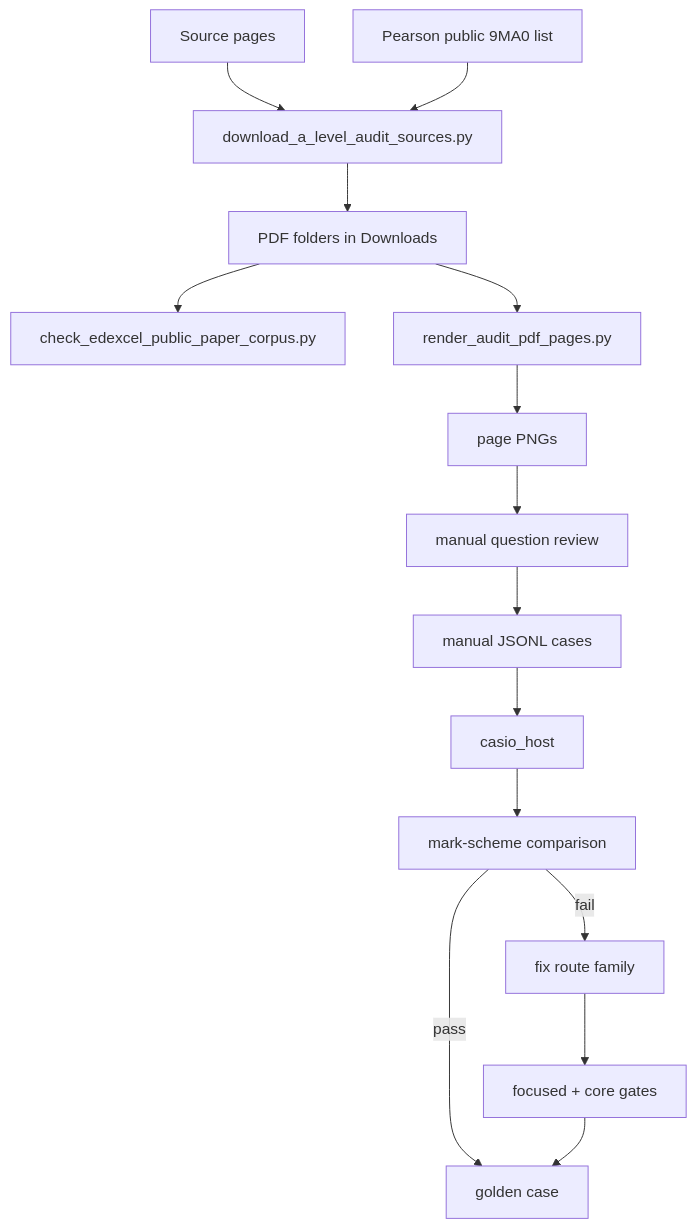
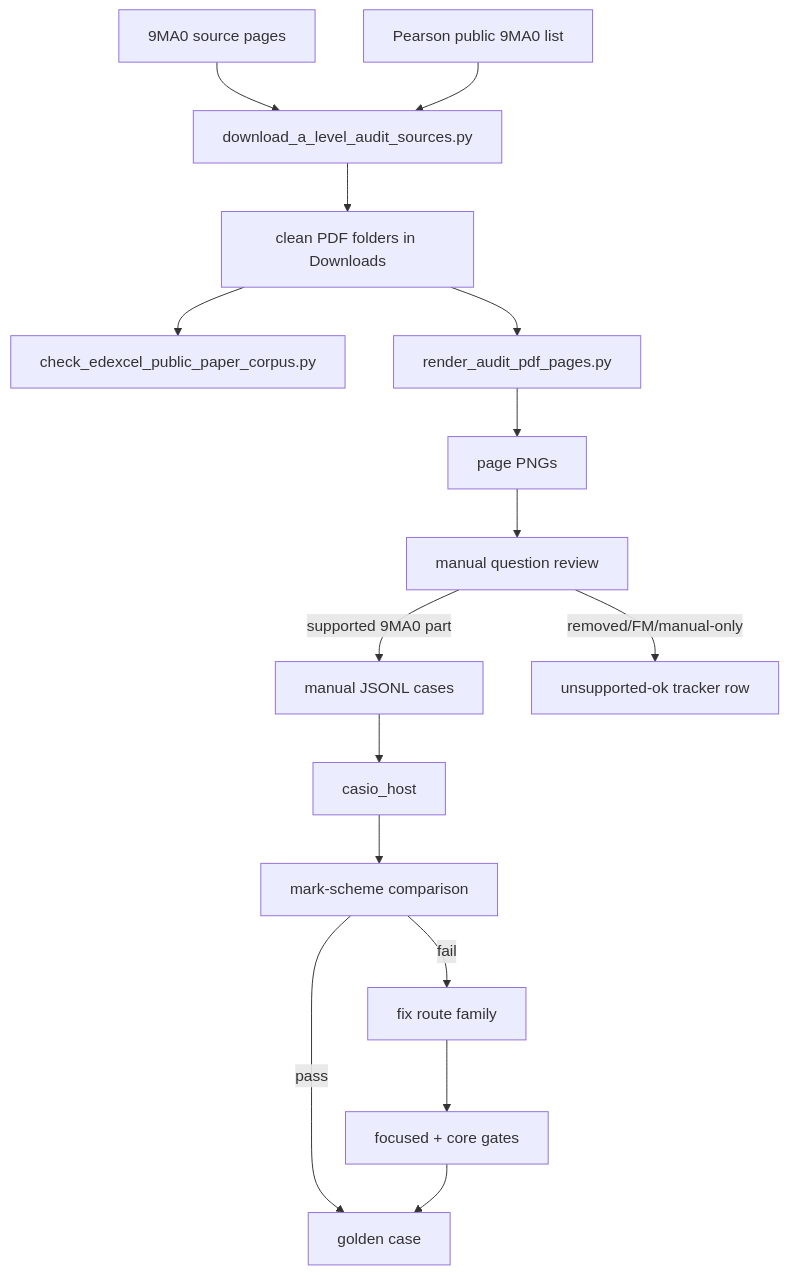
The diagram in c++/tools/golden/a_level_audit_graph.md (james8464/notes-addin-casio-fx-cg50), drawn with Mermaid before and after one commit. The commit also changed 11 other files, not shown here.

Commit message:
Harden A-level stats audit scope

````diff
--- a/c++/tools/golden/a_level_audit_graph.md
+++ b/c++/tools/golden/a_level_audit_graph.md
@@ -3,17 +3,18 @@
 ```mermaid
 graph TD
-  S["Source pages"] --> D["download_a_level_audit_sources.py"]
+  S["9MA0 source pages"] --> D["download_a_level_audit_sources.py"]
   O["Pearson public 9MA0 list"] --> D
-  D --> P["PDF folders in Downloads"]
+  D --> P["clean PDF folders in Downloads"]
   P --> V["check_edexcel_public_paper_corpus.py"]
   P --> R["render_audit_pdf_pages.py"]
   R --> I["page PNGs"]
   I --> M["manual question review"]
-  M --> J["manual JSONL cases"]
+  M -->|supported 9MA0 part| J["manual JSONL cases"]
+  M -->|removed/FM/manual-only| U["unsupported-ok tracker row"]
   J --> H["casio_host"]
   H --> C["mark-scheme comparison"]
   C -->|pass| G["golden case"]
   C -->|fail| F["fix route family"]
   F --> T["focused + core gates"]
   T --> G
 ```
````
